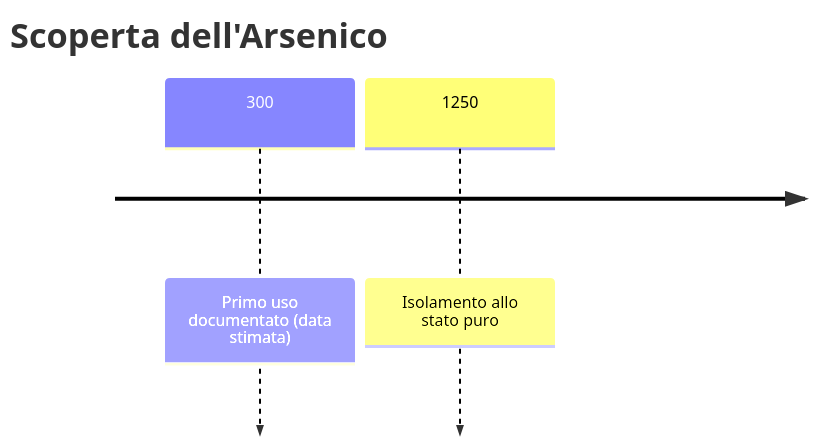
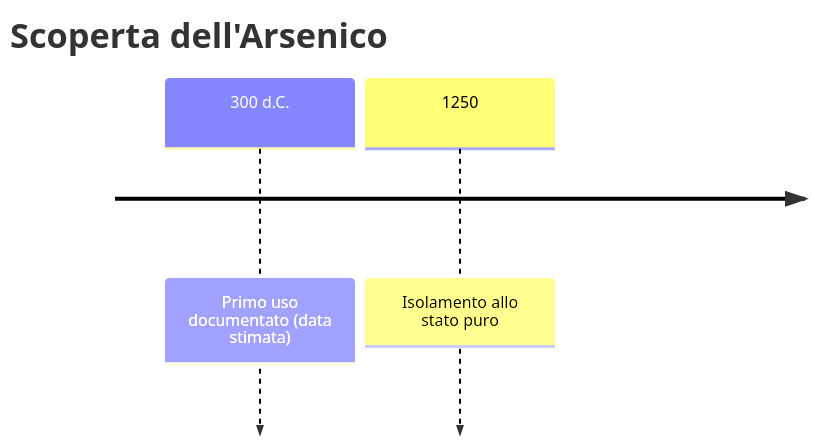
One commit to gianlucaciarcelluti/elements-caos changed the first of 3 diagrams in vault/Elementi/Arsenico.md. Above: the diagram before and after it, drawn with Mermaid. The commit also changed other lines of this file and 6 other files, not shown here.

````diff
--- a/vault/Elementi/Arsenico.md
+++ b/vault/Elementi/Arsenico.md
@@ -28,6 +28,6 @@
 ```mermaid
 timeline
     title Scoperta dell'Arsenico
-    300 : Primo uso documentato (data stimata)
+    300 d.C. : Primo uso documentato (data stimata)
     1250 : Isolamento allo stato puro
 ```
````
